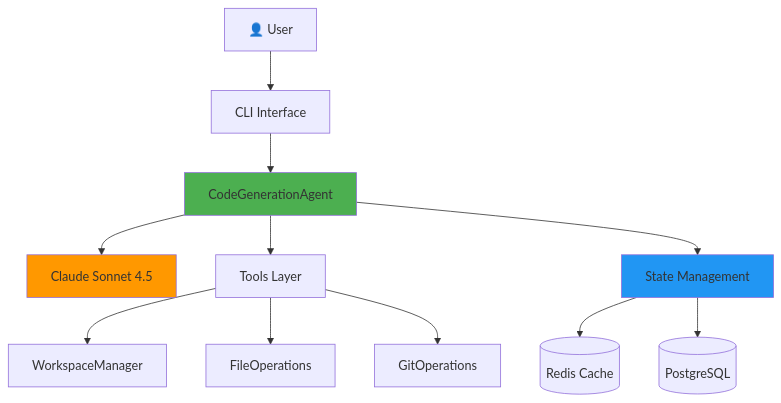
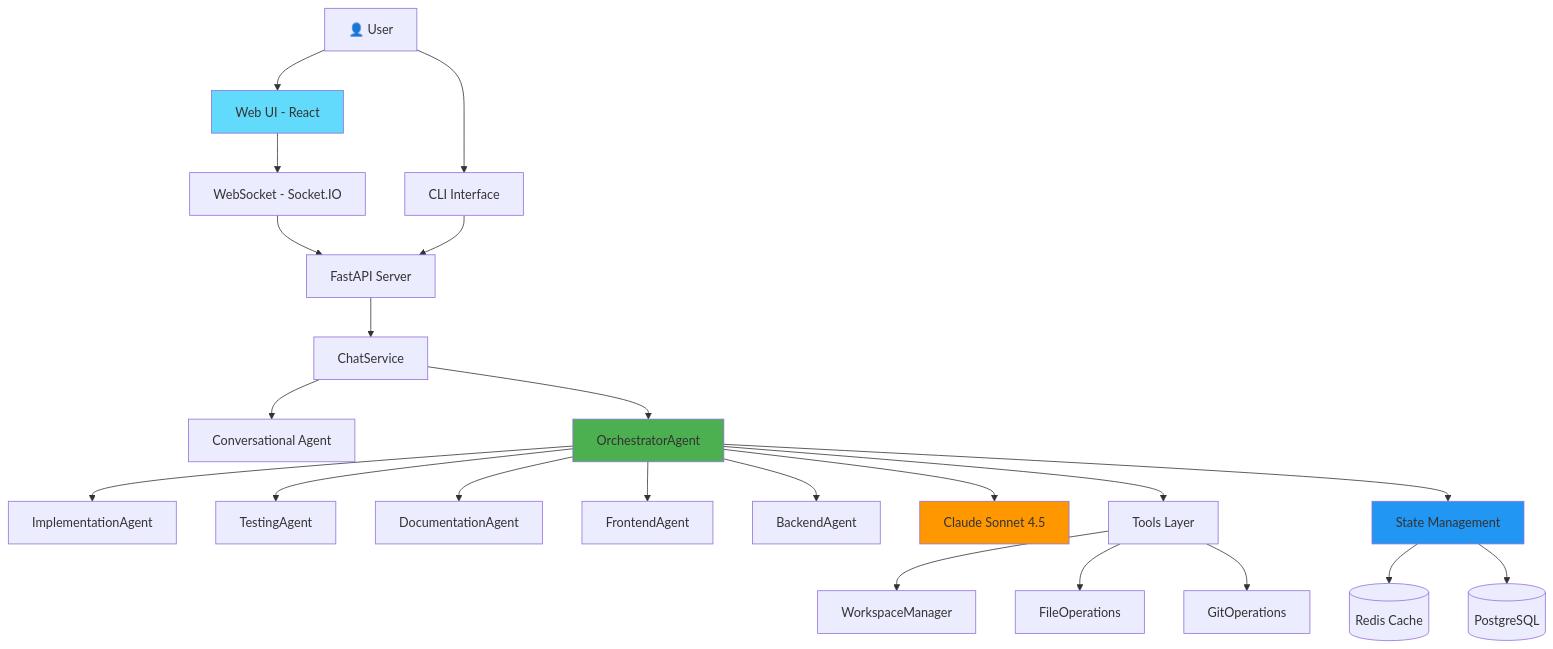
The first of 10 diagrams in DOCS/ARCHITECTURE.md (devmatrix-ai/devmatrix-mvp), drawn with Mermaid before and after one commit. The commit also changed other lines of this file and 30 other files, not shown here.

````diff
--- a/DOCS/ARCHITECTURE.md
+++ b/DOCS/ARCHITECTURE.md
@@ -24,19 +36,35 @@
 ```mermaid
 graph TB
-    User[👤 User] --> CLI[CLI Interface]
-    CLI --> Agent[CodeGenerationAgent]
-    Agent --> LLM[Claude Sonnet 4.5]
-    Agent --> Tools[Tools Layer]
-    Agent --> State[State Management]
+    User[👤 User] --> WebUI[Web UI - React]
+    User --> CLI[CLI Interface]
 
-    Tools --> WS[WorkspaceManager]
+    WebUI --> WS[WebSocket - Socket.IO]
+    WS --> API[FastAPI Server]
+    CLI --> API
+
+    API --> ChatService[ChatService]
+    ChatService --> ConvAgent[Conversational Agent]
+    ChatService --> Orch[OrchestratorAgent]
+
+    Orch --> Impl[ImplementationAgent]
+    Orch --> Test[TestingAgent]
+    Orch --> Doc[DocumentationAgent]
+    Orch --> FE[FrontendAgent]
+    Orch --> BE[BackendAgent]
+
+    Orch --> LLM[Claude Sonnet 4.5]
+    Orch --> Tools[Tools Layer]
+    Orch --> State[State Management]
+
+    Tools --> WSM[WorkspaceManager]
     Tools --> Files[FileOperations]
     Tools --> Git[GitOperations]
 
     State --> Redis[(Redis Cache)]
     State --> Postgres[(PostgreSQL)]
 
-    style Agent fill:#4CAF50
+    style WebUI fill:#61DAFB
+    style Orch fill:#4CAF50
     style LLM fill:#FF9800
     style State fill:#2196F3
 ```
````
